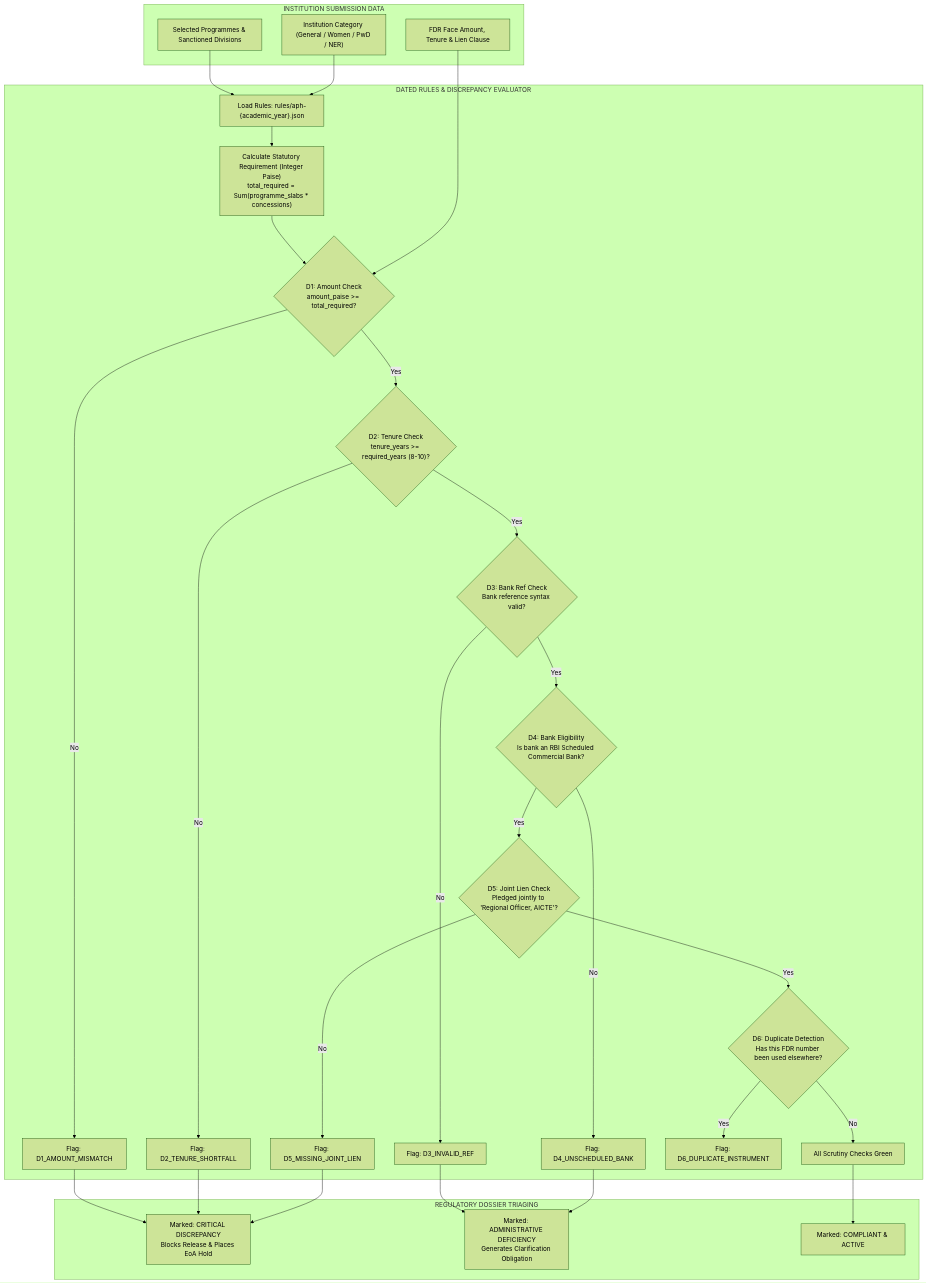
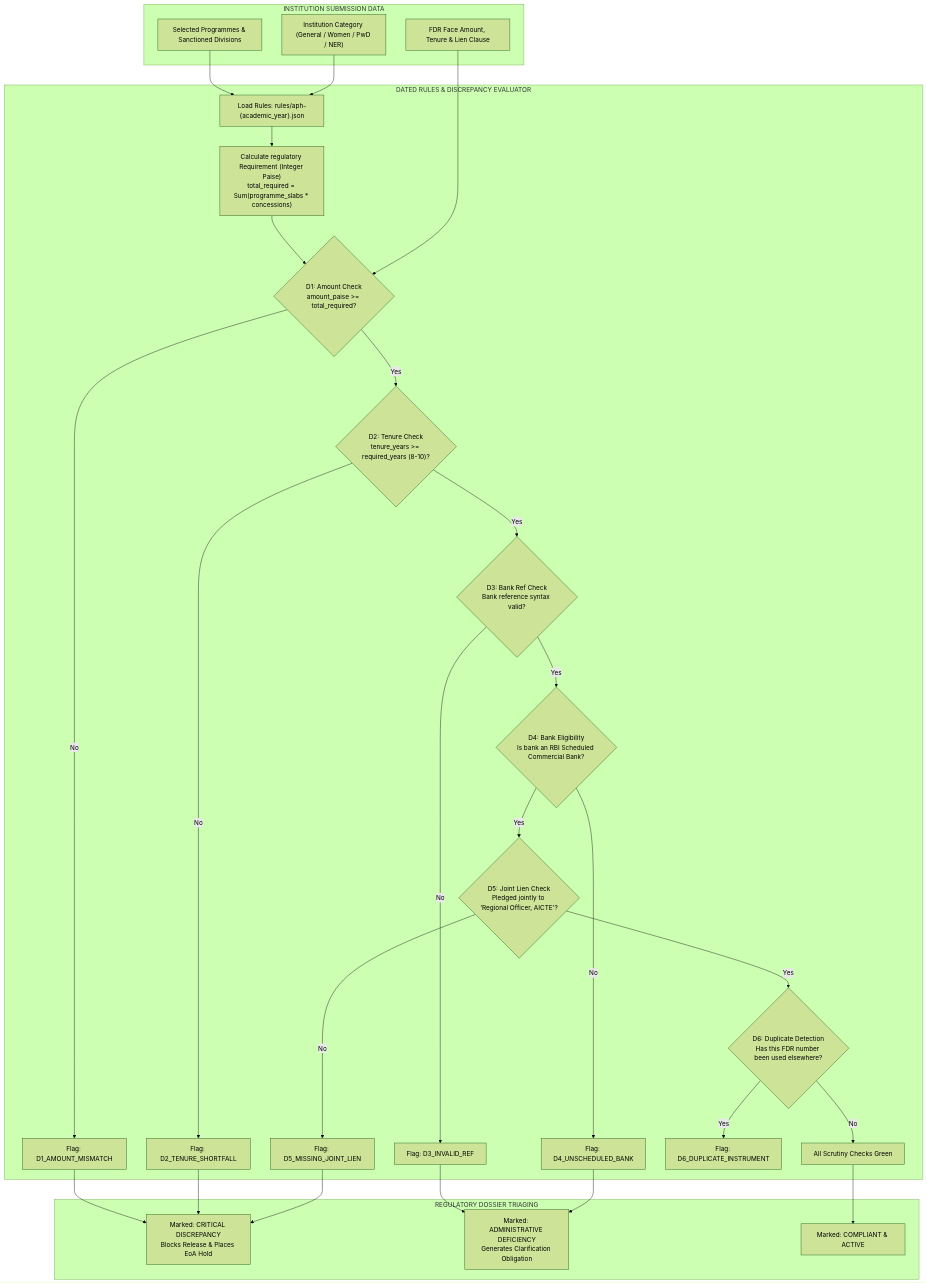
The fourth of 11 diagrams in docs/DIAGRAMS.md (Sidd2721/AICTE-), drawn with Mermaid (forest theme) before and after one commit. The commit also changed other lines of this file and 24 other files, not shown here.

````diff
--- a/docs/DIAGRAMS.md
+++ b/docs/DIAGRAMS.md
@@ -142,38 +142,38 @@
 ```mermaid
 flowchart TD
     subgraph Input ["INSTITUTION SUBMISSION DATA"]
         PROG["Selected Programmes & Sanctioned Divisions"]
         INST_META["Institution Category (General / Women / PwD / NER)"]
         FDR_META["FDR Face Amount, Tenure & Lien Clause"]
     end
 
     subgraph Engine ["DATED RULES & DISCREPANCY EVALUATOR"]
         PROG & INST_META --> LOAD_RULES["Load Rules: rules/aph-{academic_year}.json"]
-        LOAD_RULES --> CALC["Calculate Statutory Requirement (Integer Paise)<br/>total_required = Sum(programme_slabs * concessions)"]
+        LOAD_RULES --> CALC["Calculate regulatory Requirement (Integer Paise)<br/>total_required = Sum(programme_slabs * concessions)"]
         
         CALC & FDR_META --> D1{"D1: Amount Check<br/>amount_paise >= total_required?"}
         D1 -->|No| FLAG_D1["Flag: D1_AMOUNT_MISMATCH"]
         D1 -->|Yes| D2{"D2: Tenure Check<br/>tenure_years >= required_years (8-10)?"}
         
         D2 -->|No| FLAG_D2["Flag: D2_TENURE_SHORTFALL"]
         D2 -->|Yes| D3{"D3: Bank Ref Check<br/>Bank reference syntax valid?"}
         
         D3 -->|No| FLAG_D3["Flag: D3_INVALID_REF"]
         D3 -->|Yes| D4{"D4: Bank Eligibility<br/>Is bank an RBI Scheduled Commercial Bank?"}
         
         D4 -->|No| FLAG_D4["Flag: D4_UNSCHEDULED_BANK"]
         D4 -->|Yes| D5{"D5: Joint Lien Check<br/>Pledged jointly to 'Regional Officer, AICTE'?"}
         
         D5 -->|No| FLAG_D5["Flag: D5_MISSING_JOINT_LIEN"]
         D5 -->|Yes| D6{"D6: Duplicate Detection<br/>Has this FDR number been used elsewhere?"}
         
         D6 -->|Yes| FLAG_D6["Flag: D6_DUPLICATE_INSTRUMENT"]
         D6 -->|No| ALL_PASS["All Scrutiny Checks Green"]
     end
 
     subgraph Output ["REGULATORY DOSSIER TRIAGING"]
         FLAG_D1 & FLAG_D2 & FLAG_D5 --> CRITICAL["Marked: CRITICAL DISCREPANCY<br/>Blocks Release & Places EoA Hold"]
         FLAG_D3 & FLAG_D4 --> NON_CRITICAL["Marked: ADMINISTRATIVE DEFICIENCY<br/>Generates Clarification Obligation"]
         ALL_PASS --> READY["Marked: COMPLIANT & ACTIVE"]
     end
 ```
````
